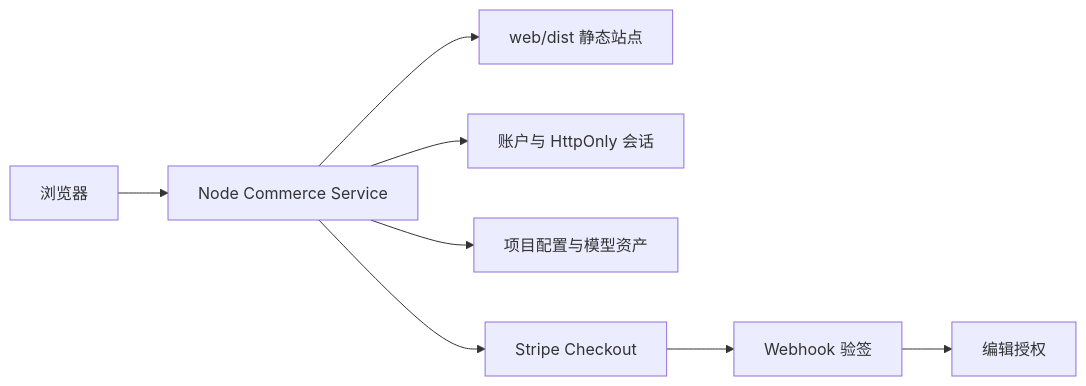
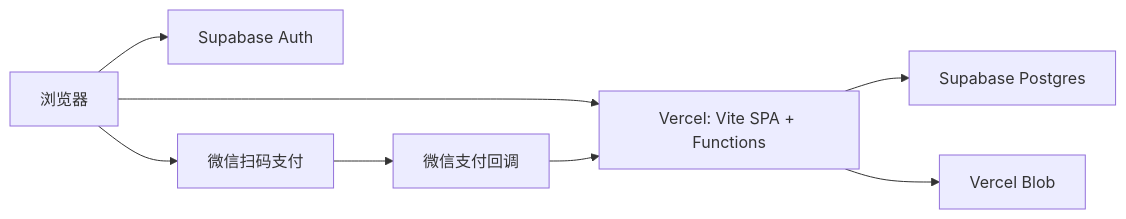
One commit to Levi-Li-cell/3Dresume changed the diagram in docs/技术实施与部署指南.md. Above: the diagram before and after it, drawn with Mermaid. The commit also changed other lines of this file and 36 other files, not shown here.

Commit message:
feat: add Vercel Supabase and WeChat payment architecture

````diff
--- a/docs/技术实施与部署指南.md
+++ b/docs/技术实施与部署指南.md
@@ -5,10 +5,10 @@
 ```mermaid
 flowchart LR
-  Browser[浏览器] --> Site[Node Commerce Service]
-  Site --> Static[web/dist 静态站点]
-  Site --> Auth[账户与 HttpOnly 会话]
-  Site --> Project[项目配置与模型资产]
-  Site --> Stripe[Stripe Checkout]
-  Stripe --> Webhook[Webhook 验签]
-  Webhook --> License[编辑授权]
+  Browser[浏览器] --> Vercel[Vercel: Vite SPA + Functions]
+  Browser --> SupabaseAuth[Supabase Auth]
+  Vercel --> Supabase[Supabase Postgres]
+  Vercel --> Blob[Vercel Blob]
+  Browser --> WeChat[微信扫码支付]
+  WeChat --> Notify[微信支付回调]
+  Notify --> Vercel
 ```
````
